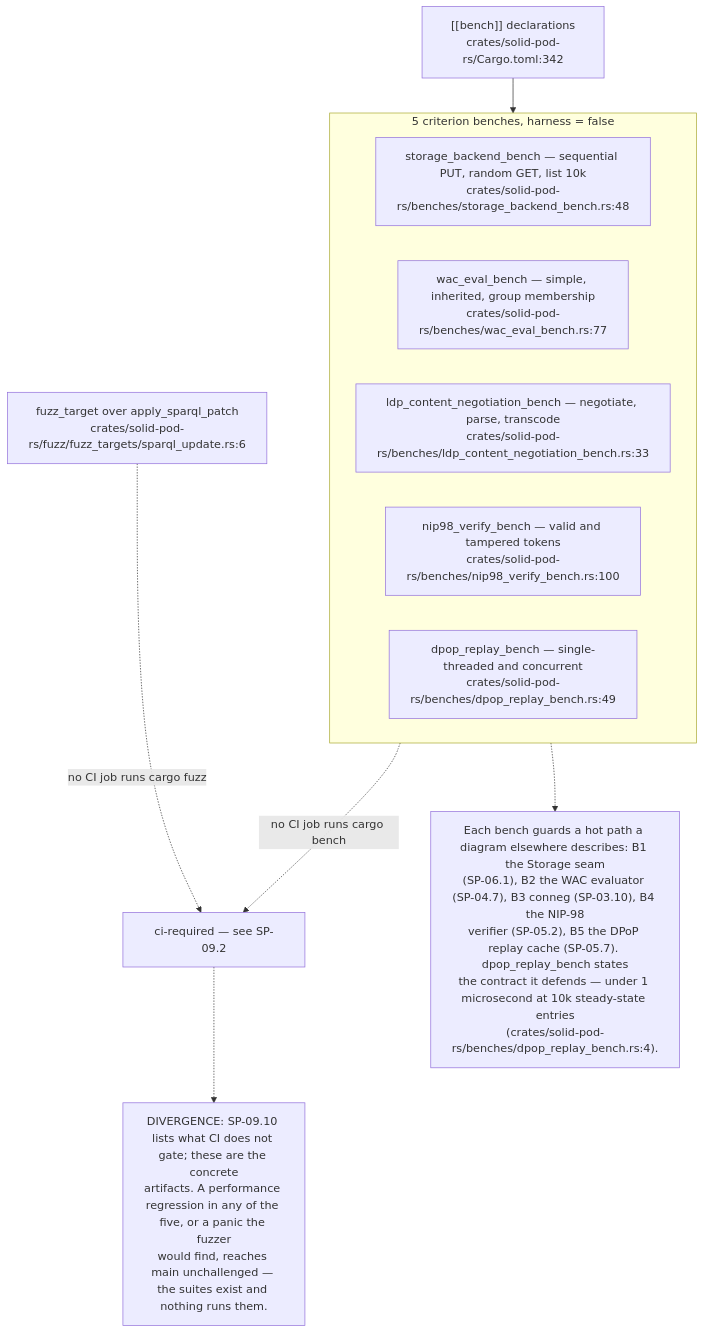
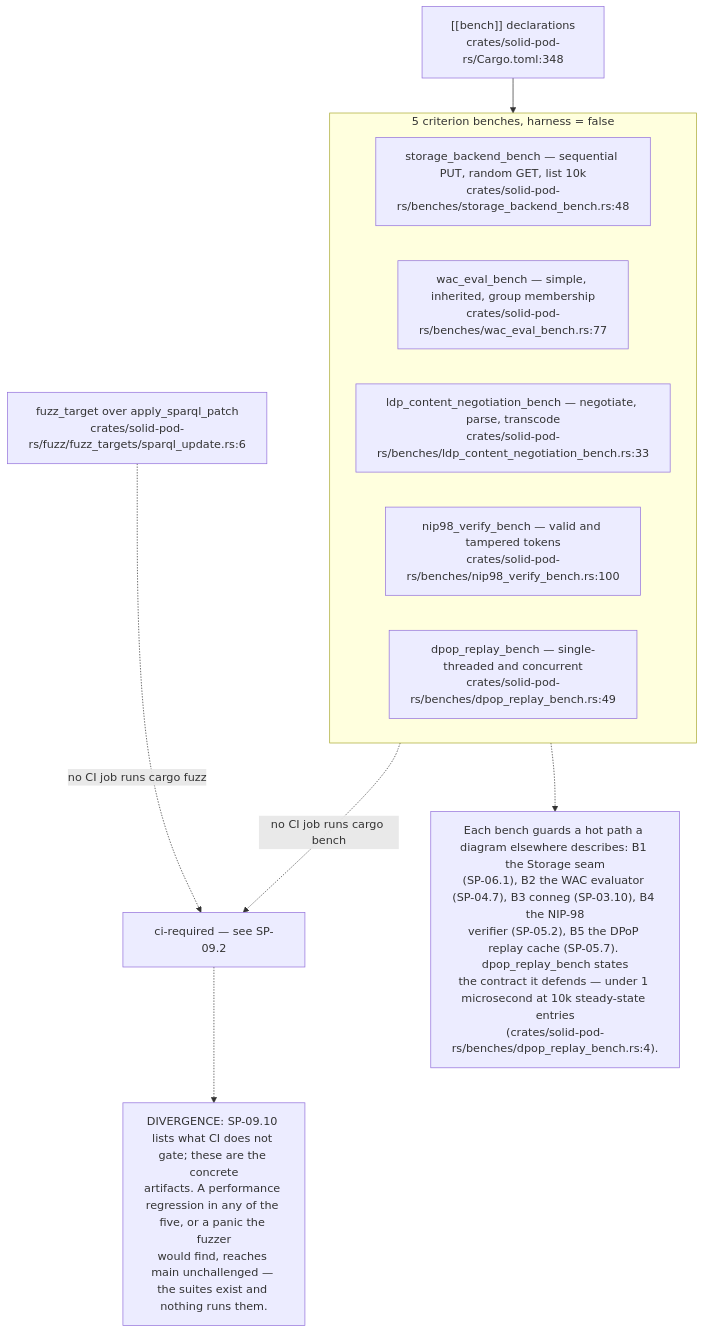
The eighth of 9 diagrams in docs/diagrams/solid-pod-rs/09-ci-release-and-consumer-pins.md (DreamLab-AI/VisionFlow), drawn with Mermaid before and after one commit. The commit also changed other lines of this file and 94 other files, not shown here.

First line of the commit message:
docs(diagrams): re-verify 130 topics against 2 October HEADs

````diff
--- a/docs/diagrams/solid-pod-rs/09-ci-release-and-consumer-pins.md
+++ b/docs/diagrams/solid-pod-rs/09-ci-release-and-consumer-pins.md
@@ -239,22 +243,22 @@
 ```mermaid
 flowchart TD
     subgraph BENCH["5 criterion benches, harness = false"]
         B1["storage_backend_bench — sequential PUT, random GET, list 10k<br/>crates/solid-pod-rs/benches/storage_backend_bench.rs:48"]
         B2["wac_eval_bench — simple, inherited, group membership<br/>crates/solid-pod-rs/benches/wac_eval_bench.rs:77"]
         B3["ldp_content_negotiation_bench — negotiate, parse, transcode<br/>crates/solid-pod-rs/benches/ldp_content_negotiation_bench.rs:33"]
         B4["nip98_verify_bench — valid and tampered tokens<br/>crates/solid-pod-rs/benches/nip98_verify_bench.rs:100"]
         B5["dpop_replay_bench — single-threaded and concurrent<br/>crates/solid-pod-rs/benches/dpop_replay_bench.rs:49"]
     end
-    DECL["[[bench]] declarations<br/>crates/solid-pod-rs/Cargo.toml:342"]
+    DECL["[[bench]] declarations<br/>crates/solid-pod-rs/Cargo.toml:348"]
     FUZZ["fuzz_target over apply_sparql_patch<br/>crates/solid-pod-rs/fuzz/fuzz_targets/sparql_update.rs:6"]
     CI["ci-required — see SP-09.2"]
 
     DECL --> BENCH
     BENCH -. "no CI job runs cargo bench" .-> CI
     FUZZ -. "no CI job runs cargo fuzz" .-> CI
 
     N["Each bench guards a hot path a diagram elsewhere describes: B1 the Storage seam<br/>(SP-06.1), B2 the WAC evaluator (SP-04.7), B3 conneg (SP-03.10), B4 the NIP-98<br/>verifier (SP-05.2), B5 the DPoP replay cache (SP-05.7). dpop_replay_bench states<br/>the contract it defends — under 1 microsecond at 10k steady-state entries<br/>(crates/solid-pod-rs/benches/dpop_replay_bench.rs:4)."]
     BENCH -.-> N
     N2["DIVERGENCE: SP-09.10 lists what CI does not gate; these are the concrete<br/>artifacts. A performance regression in any of the five, or a panic the fuzzer<br/>would find, reaches main unchallenged — the suites exist and nothing runs them."]
     CI -.-> N2
 ```
````
